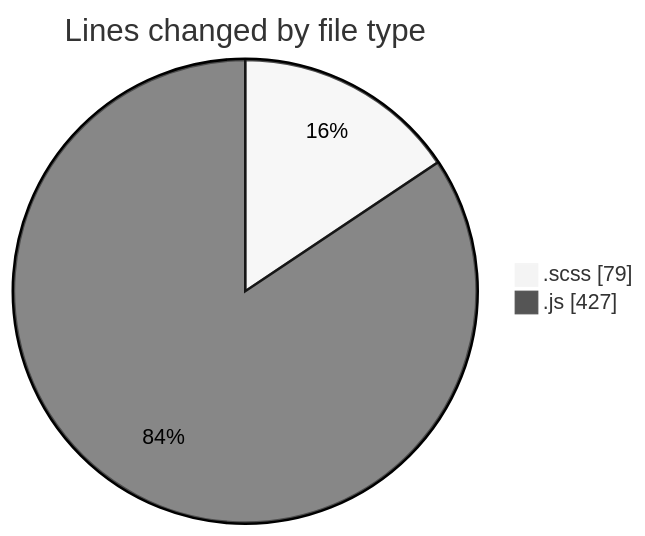
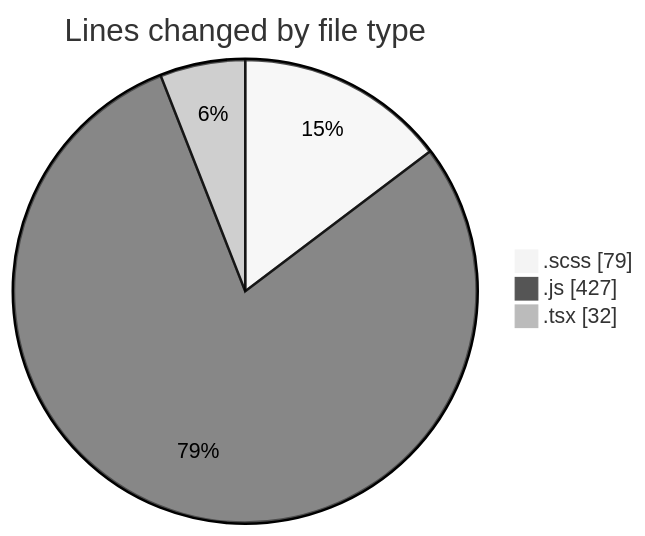
The first of 2 diagrams in 2025-03-17/cda/README.md (momahboobian/code-tracking), drawn with Mermaid (neutral theme) before and after one commit. The commit also changed other lines of this file and 1 other file, not shown here.

````diff
--- a/2025-03-17/cda/README.md
+++ b/2025-03-17/cda/README.md
@@ -21,6 +22,7 @@
 ```mermaid
 pie showData
 title Lines changed by file type
 ".scss" : 79
 ".js" : 427
+".tsx" : 32
 ```
````
